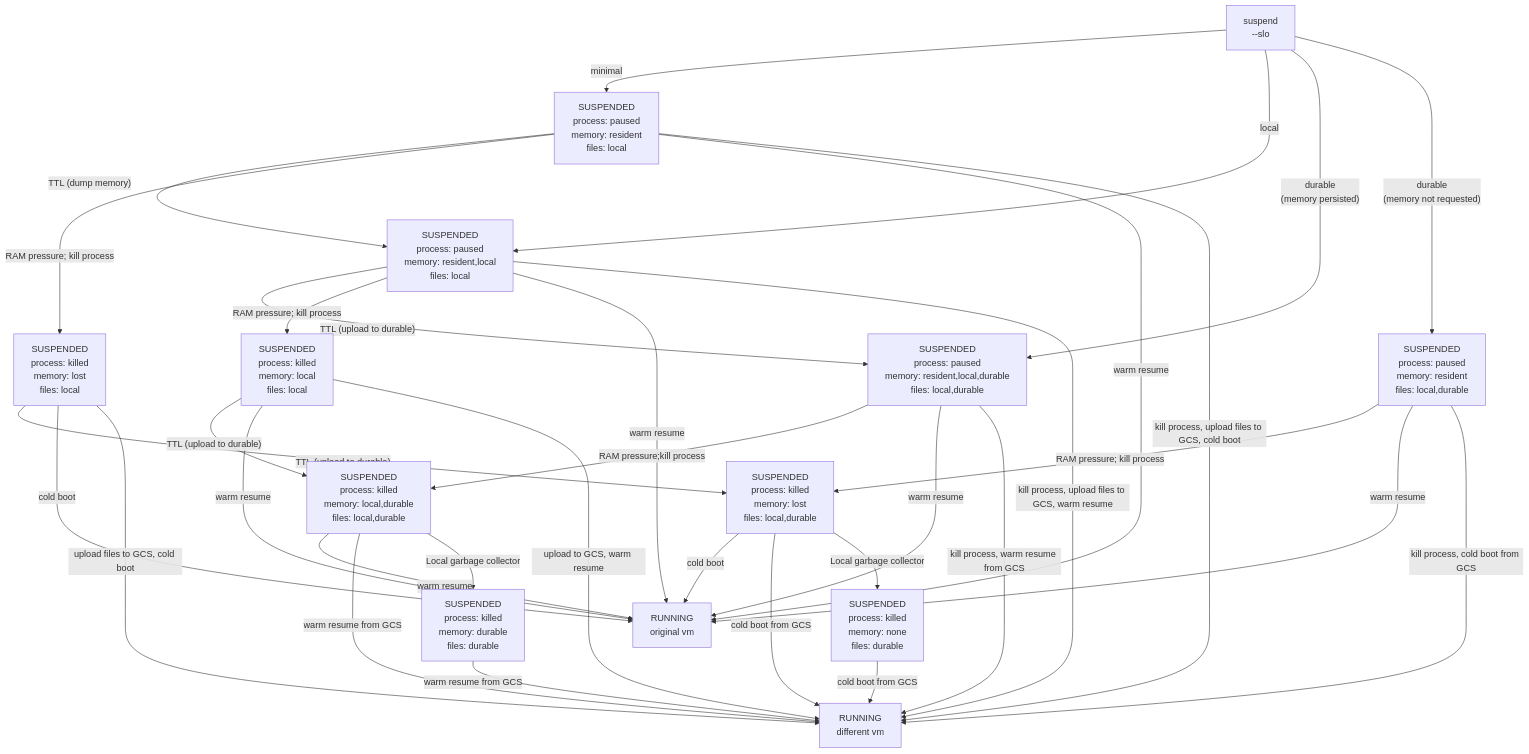
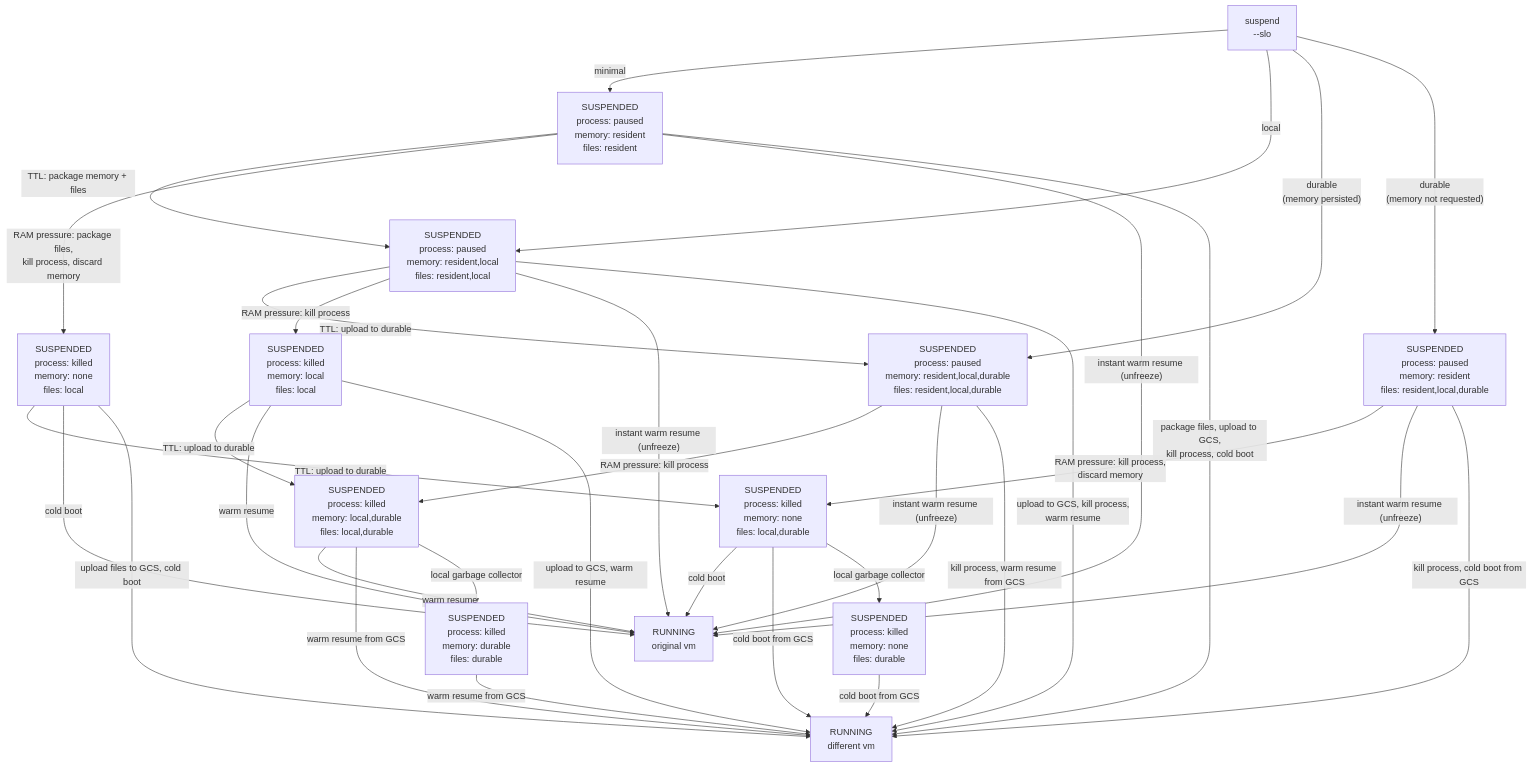
One commit to dberkov/substrate changed the second of 2 diagrams in docs/actor-lifecycle-v2.md. Above: the diagram before and after it, drawn with Mermaid. The commit also changed other lines of this file, not shown here.

Commit message:
iteration 1

````diff
--- a/docs/actor-lifecycle-v2.md
+++ b/docs/actor-lifecycle-v2.md
@@ -67,78 +80,73 @@
 ```mermaid
 flowchart TD 
 
 S["suspend<br/>--slo"]
-S -- "minimal" --> I_P_R_L
-S -- "local" --> I_P_RL_L
-S -- "durable<br/>(memory persisted)" --> I_P_RLD_LD
-S -- "durable<br/>(memory not requested)" --> I_P_R_LD
+S -- "minimal" --> S_P_R_R
+S -- "local" --> S_P_RL_RL
+S -- "durable<br/>(memory persisted)" --> S_P_RLD_RLD
+S -- "durable<br/>(memory not requested)" --> S_P_R_RLD
 
-%% SUSPENDED | process:paused | memory:resident | files:local
-I_P_R_L["SUSPENDED<br/>process:&nbsp;paused<br/>memory:&nbsp;resident<br/>files:&nbsp;local"]
-I_P_R_L -- "TTL (dump memory)" --> I_P_RL_L
-I_P_R_L -- "RAM pressure; kill process" --> I_K_L_L
-I_P_R_L -- "warm resume" --> R1
-I_P_R_L -- "kill process, upload files to GCS, cold boot" --> R2
+%% S_P_R_R: paused | memory:resident | files:resident — nothing packaged
+S_P_R_R["SUSPENDED<br/>process:&nbsp;paused<br/>memory:&nbsp;resident<br/>files:&nbsp;resident"]
+S_P_R_R -- "TTL: package memory + files" --> S_P_RL_RL
+S_P_R_R -- "RAM pressure: package files,<br/>kill process, discard memory" --> S_K_N_L
+S_P_R_R -- "instant warm resume (unfreeze)" --> R1
+S_P_R_R -- "package files, upload to GCS,<br/>kill process, cold boot" --> R2
 
+%% S_P_RL_RL: paused | memory:resident,local | files:resident,local
+S_P_RL_RL["SUSPENDED<br/>process:&nbsp;paused<br/>memory:&nbsp;resident,local<br/>files:&nbsp;resident,local"]
+S_P_RL_RL -- "TTL: upload to durable" --> S_P_RLD_RLD
+S_P_RL_RL -- "RAM pressure: kill process" --> S_K_L_L
+S_P_RL_RL -- "instant warm resume (unfreeze)" --> R1
+S_P_RL_RL -- "upload to GCS, kill process,<br/>warm resume" --> R2
 
-%% SUSPENDED | process:paused | memory:resident,local | files:local
-I_P_RL_L["SUSPENDED<br/>process:&nbsp;paused<br/>memory:&nbsp;resident,local<br/>files:&nbsp;local"]
-I_P_RL_L -- "TTL (upload to durable)" --> I_P_RLD_LD
-I_P_RL_L -- "RAM pressure; kill process" --> I_K_ML_L
-I_P_RL_L -- "warm resume" --> R1
-I_P_RL_L -- "kill process, upload files to GCS, warm resume" --> R2
+%% S_K_L_L: killed | memory:local | files:local
+S_K_L_L["SUSPENDED<br/>process:&nbsp;killed<br/>memory:&nbsp;local<br/>files:&nbsp;local"]
+S_K_L_L -- "TTL: upload to durable" --> S_K_LD_LD
+S_K_L_L -- "warm resume" --> R1
+S_K_L_L -- "upload to GCS, warm resume" --> R2
 
-%% SUSPENDED | process:killed | memory:local | files:local
-I_K_ML_L["SUSPENDED<br/>process:&nbsp;killed<br/>memory:&nbsp;local<br/>files:&nbsp;local"]
-I_K_ML_L -- "TTL (upload to durable)" --> I_K_LD_LD
-I_K_ML_L -- "warm resume" --> R1
-I_K_ML_L -- "upload to GCS, warm resume" --> R2
+%% S_K_N_L: killed | memory:none | files:local
+S_K_N_L["SUSPENDED<br/>process:&nbsp;killed<br/>memory:&nbsp;none<br/>files:&nbsp;local"]
+S_K_N_L -- "TTL: upload to durable" --> S_K_N_LD
+S_K_N_L -- "cold boot" --> R1
+S_K_N_L -- "upload files to GCS, cold boot" --> R2
 
-%% SUSPENDED | process:killed | memory:lost | files:local
-I_K_L_L["SUSPENDED<br/>process:&nbsp;killed<br/>memory:&nbsp;lost<br/>files:&nbsp;local"]
-I_K_L_L -- "TTL (upload to durable)" --> I_K_L_LD
-I_K_L_L -- "cold boot" --> R1
-I_K_L_L -- "upload files to GCS, cold boot" --> R2
+%% S_K_N_LD: killed | memory:none | files:local,durable
+S_K_N_LD["SUSPENDED<br/>process:&nbsp;killed<br/>memory:&nbsp;none<br/>files:&nbsp;local,durable"]
+S_K_N_LD -- "cold boot" --> R1
+S_K_N_LD -- "cold boot from GCS" --> R2
+S_K_N_LD -- "local garbage collector" --> S_K_N_D
 
+%% S_P_R_RLD: paused | memory:resident | files:resident,local,durable
+S_P_R_RLD["SUSPENDED<br/>process:&nbsp;paused<br/>memory:&nbsp;resident<br/>files:&nbsp;resident,local,durable"]
+S_P_R_RLD -- "RAM pressure: kill process,<br/>discard memory" --> S_K_N_LD
+S_P_R_RLD -- "instant warm resume (unfreeze)" --> R1
+S_P_R_RLD -- "kill process, cold boot from GCS" --> R2
 
-%% SUSPENDED | process:killed | memory:lost | files:local,durable
-I_K_L_LD["SUSPENDED<br/>process:&nbsp;killed<br/>memory:&nbsp;lost<br/>files:&nbsp;local,durable"]
-I_K_L_LD -- "cold boot" --> R1
-I_K_L_LD -- "cold boot from GCS" --> R2
-I_K_L_LD -- "Local garbage collector" --> I_N_N_D
+%% S_P_RLD_RLD: paused | memory:resident,local,durable | files:resident,local,durable
+S_P_RLD_RLD["SUSPENDED<br/>process:&nbsp;paused<br/>memory:&nbsp;resident,local,durable<br/>files:&nbsp;resident,local,durable"]
+S_P_RLD_RLD -- "RAM pressure: kill process" --> S_K_LD_LD
+S_P_RLD_RLD -- "instant warm resume (unfreeze)" --> R1
+S_P_RLD_RLD -- "kill process, warm resume from GCS" --> R2
 
-%% SUSPENDED | process:paused | memory:resident | files:local,durable
-I_P_R_LD["SUSPENDED<br/>process:&nbsp;paused<br/>memory:&nbsp;resident<br/>files:&nbsp;local,durable"]
-I_P_R_LD -- "RAM pressure; kill process" --> I_K_L_LD
-I_P_R_LD -- "warm resume" --> R1
-I_P_R_LD -- "kill process, cold boot from GCS" --> R2
+%% S_K_LD_LD: killed | memory:local,durable | files:local,durable
+S_K_LD_LD["SUSPENDED<br/>process:&nbsp;killed<br/>memory:&nbsp;local,durable<br/>files:&nbsp;local,durable"]
+S_K_LD_LD -- "warm resume" --> R1
+S_K_LD_LD -- "warm resume from GCS" --> R2
+S_K_LD_LD -- "local garbage collector" --> S_K_D_D
 
-%% SUSPENDED | process:paused | memory:residenet,local,durable | files:local,durable
-I_P_RLD_LD["SUSPENDED<br/>process:&nbsp;paused<br/>memory:&nbsp;resident,local,durable<br/>files:&nbsp;local,durable"]
-I_P_RLD_LD -- "RAM pressure;kill process" --> I_K_LD_LD
-I_P_RLD_LD -- "warm resume" --> R1
-I_P_RLD_LD -- "kill process, warm resume from GCS" --> R2
+%% S_K_D_D: killed | memory:durable | files:durable
+S_K_D_D["SUSPENDED<br/>process:&nbsp;killed<br/>memory:&nbsp;durable<br/>files:&nbsp;durable"]
+S_K_D_D -- "warm resume from GCS" --> R2
 
+%% S_K_N_D: killed | memory:none | files:durable
+S_K_N_D["SUSPENDED<br/>process:&nbsp;killed<br/>memory:&nbsp;none<br/>files:&nbsp;durable"]
+S_K_N_D -- "cold boot from GCS" --> R2
 
-%% SUSPENDED | process:killed | memory:local,durable | files:local,durable
-I_K_LD_LD["SUSPENDED<br/>process:&nbsp;killed<br/>memory:&nbsp;local,durable<br/>files:&nbsp;local,durable"]
-I_K_LD_LD -- "warm resume" --> R1
-I_K_LD_LD -- "warm resume from GCS" --> R2
-I_K_LD_LD -- "Local garbage collector" --> I_N_D_D
-
-
-%% SUSPENDED | process:none | memory:durable | files:durable
-I_N_D_D["SUSPENDED<br/>process:&nbsp;killed<br/>memory:&nbsp;durable<br/>files:&nbsp;durable"]
-I_N_D_D -- "warm resume from GCS" --> R2
-
-%% SUSPENDED | process:none | memory:none | files:durable
-I_N_N_D["SUSPENDED<br/>process:&nbsp;killed<br/>memory:&nbsp;none<br/>files:&nbsp;durable"]
-I_N_N_D -- "cold boot from GCS" --> R2
-
-
-%% RUNNING on local machine
+%% RUNNING on the machine that held the suspended state
 R1["RUNNING<br/>original&nbsp;vm"]
 
-%% RUNNING on remote machine
+%% RUNNING on a different machine
 R2["RUNNING<br/>different&nbsp;vm"]
 ```
````
